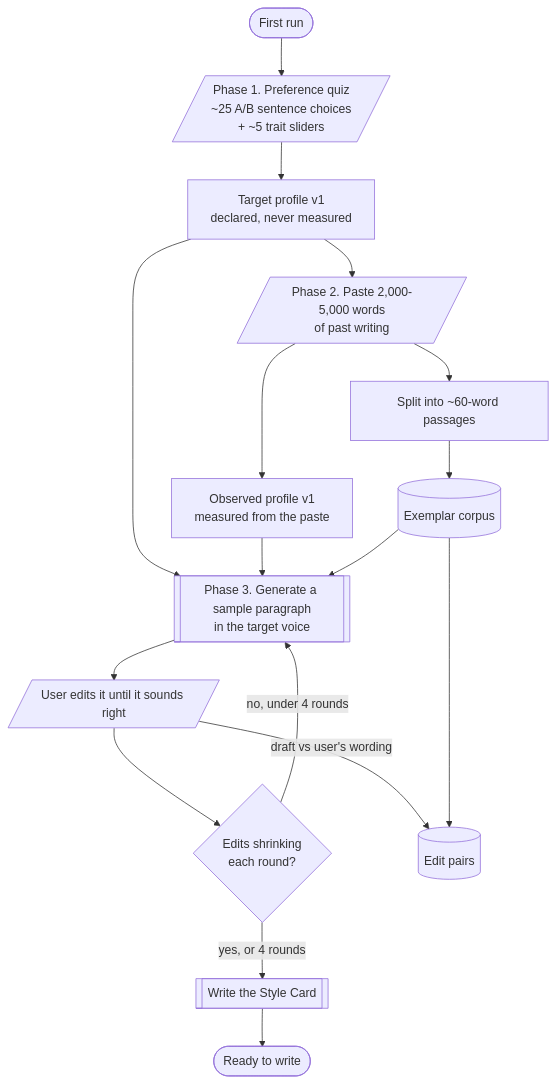
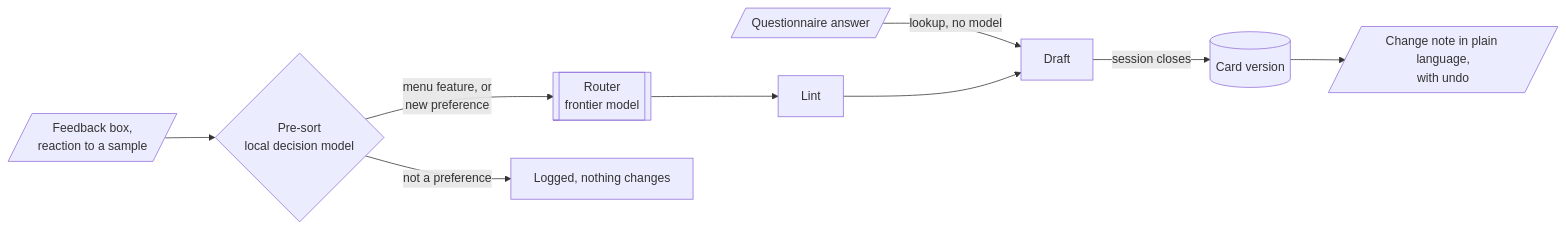
One commit to Bernice-Koh/writing-assistant changed the second of 3 diagrams in README.md. Above: the diagram before and after it, drawn with Mermaid. The commit also changed other lines of this file, not shown here.

````diff
--- a/README.md
+++ b/README.md
@@ -122,27 +256,11 @@
 ```mermaid
-flowchart TD
-    Start(["First run"]) --> Quiz
-
-    Quiz[/"Phase 1. Preference quiz<br/>~25 A/B sentence choices<br/>+ ~5 trait sliders"/]
-    Quiz --> Prior["Target profile v1<br/>declared, never measured"]
-
-    Prior --> Paste[/"Phase 2. Paste 2,000-5,000 words<br/>of past writing"/]
-
-    Paste --> Measure["Observed profile v1<br/>measured from the paste"]
-    Paste --> Seg["Split into ~60-word passages"]
-    Seg --> Corpus[("Exemplar corpus")]
-
-    Prior --> Gen
-    Measure --> Gen
-    Corpus --> Gen
-    Gen[["Phase 3. Generate a sample paragraph<br/>in the target voice"]]
-    Gen --> Edit[/"User edits it until it sounds right"/]
-
-    Edit --> Conv{"Edits shrinking<br/>each round?"}
-    Conv -->|"no, under 4 rounds"| Gen
-    Conv -->|"yes, or 4 rounds"| Card[["Write the Style Card"]]
-    Card --> Done(["Ready to write"])
-
-    Edit -->|"draft vs user's wording"| Pairs[("Edit pairs")]
-    Corpus --> Pairs
+flowchart LR
+    Ans[/"Questionnaire answer"/] -->|"lookup, no model"| Draft["Draft"]
+    Fb[/"Feedback box,<br/>reaction to a sample"/] --> Sort{"Pre-sort<br/>local decision model"}
+    Sort -->|"menu feature, or<br/>new preference"| Router[["Router<br/>frontier model"]]
+    Sort -->|"not a preference"| Log["Logged, nothing changes"]
+    Router --> Lint["Lint"]
+    Lint --> Draft
+    Draft -->|"session closes"| Version[("Card version")]
+    Version --> Note[/"Change note in plain language,<br/>with undo"/]
 ```
````
